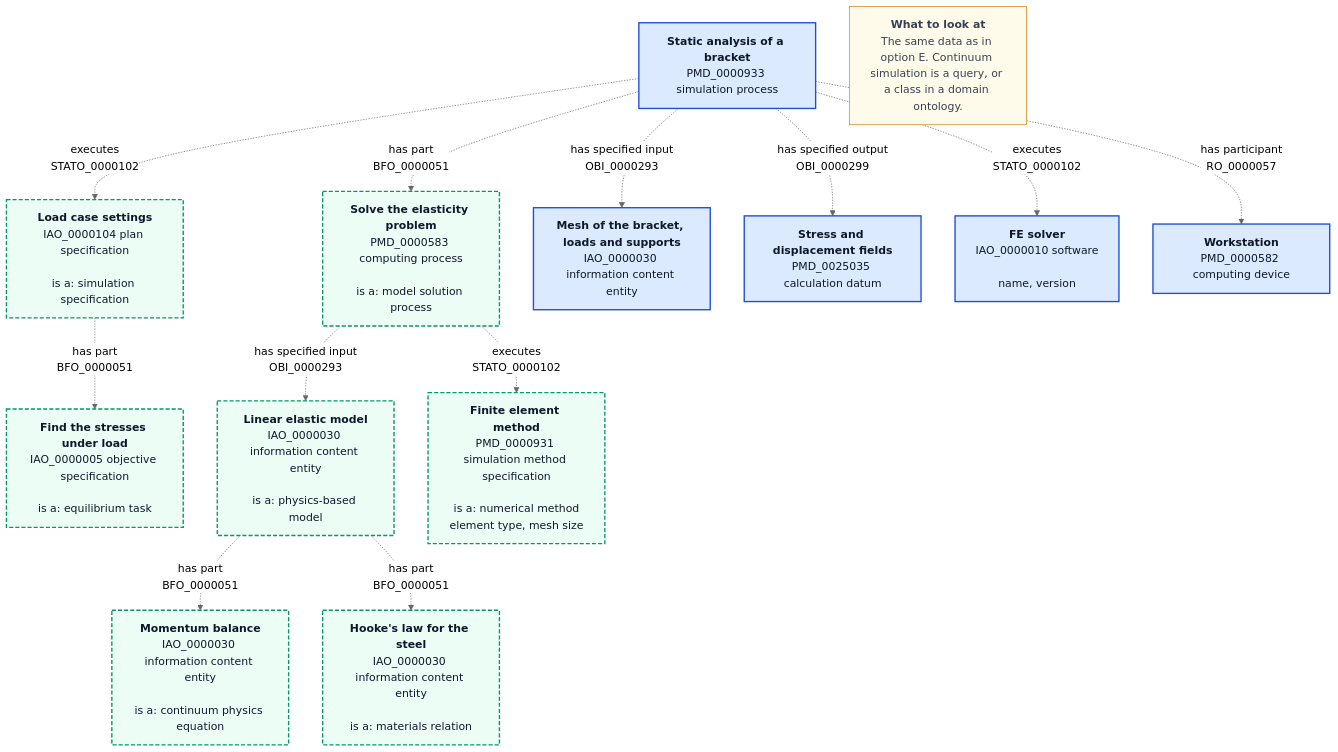
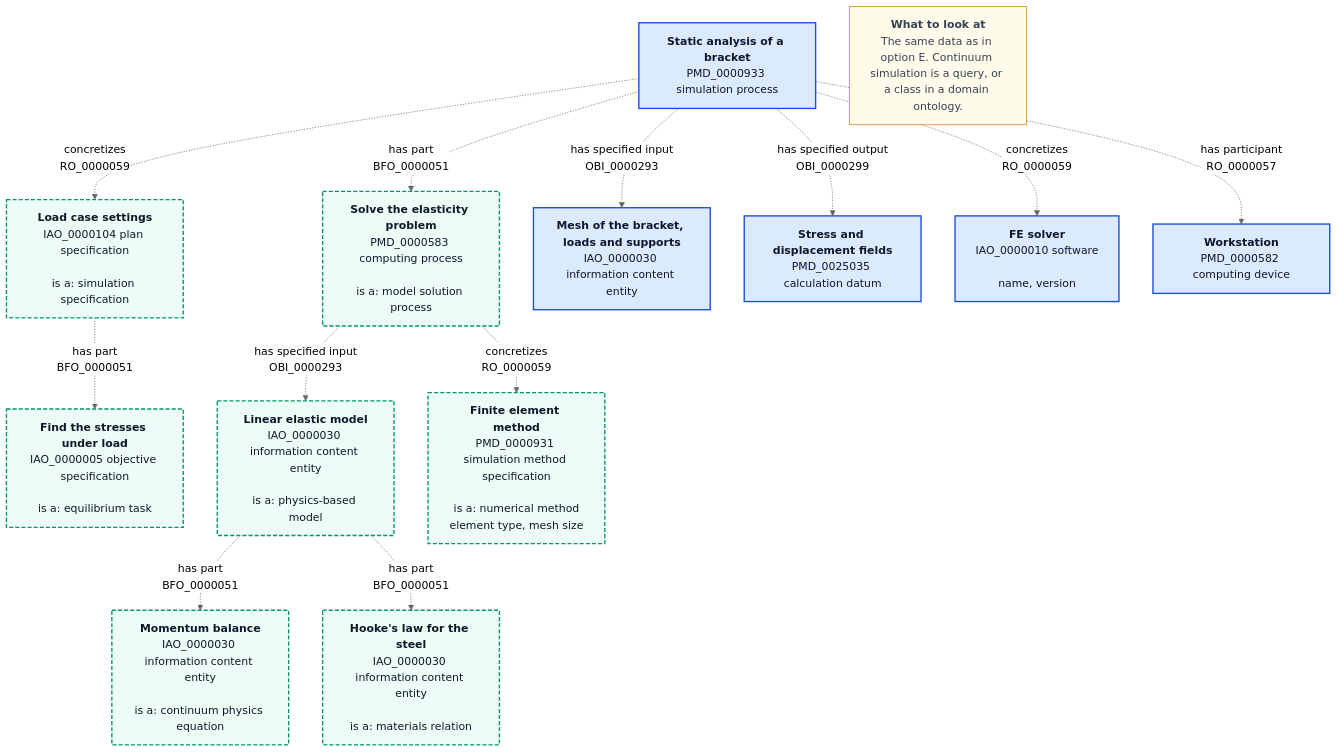
Before and after one commit to BAMresearch/mermantics: the diagram in web/options/f-parts-only/fem.mmd, drawn with Mermaid (neutral theme). The commit also changed 17 other files, not shown here.

```diff
--- a/web/options/f-parts-only/fem.mmd
+++ b/web/options/f-parts-only/fem.mmd
@@ -1,36 +1,36 @@
 flowchart TB
 
 %% Option F. Parts only: static FEM analysis
 %% Engineering: a static finite element analysis of a loaded steel bracket.
 
     Analysis["<b>Static analysis of a bracket</b><br>PMD_0000933 simulation process"]:::local
     Spec["<b>Load case settings</b><br>IAO_0000104 plan specification<br><br>is a: simulation specification"]:::proposed
     Task["<b>Find the stresses under load</b><br>IAO_0000005 objective specification<br><br>is a: equilibrium task"]:::proposed
     Solve["<b>Solve the elasticity problem</b><br>PMD_0000583 computing process<br><br>is a: model solution process"]:::proposed
     ElasticModel["<b>Linear elastic model</b><br>IAO_0000030 information content entity<br><br>is a: physics-based model"]:::proposed
     Balance["<b>Momentum balance</b><br>IAO_0000030 information content entity<br><br>is a: continuum physics equation"]:::proposed
     Hooke["<b>Hooke's law for the steel</b><br>IAO_0000030 information content entity<br><br>is a: materials relation"]:::proposed
     FEMethod["<b>Finite element method</b><br>PMD_0000931 simulation method specification<br><br>is a: numerical method<br>element type, mesh size"]:::proposed
     Mesh["<b>Mesh of the bracket, loads and supports</b><br>IAO_0000030 information content entity"]:::local
     Stress["<b>Stress and displacement fields</b><br>PMD_0025035 calculation datum"]:::local
     Code["<b>FE solver</b><br>IAO_0000010 software<br><br>name, version"]:::local
     Node["<b>Workstation</b><br>PMD_0000582 computing device"]:::local
     Note["<b>What to look at</b><br>The same data as in option E. Continuum simulation is a query, or a class in a domain ontology."]:::note
 
-    Analysis -. "executes<br>STATO_0000102" .-> Spec
+    Analysis -. "concretizes<br>RO_0000059" .-> Spec
     Spec -. "has part<br>BFO_0000051" .-> Task
     Analysis -. "has part<br>BFO_0000051" .-> Solve
     Solve -. "has specified input<br>OBI_0000293" .-> ElasticModel
-    Solve -. "executes<br>STATO_0000102" .-> FEMethod
+    Solve -. "concretizes<br>RO_0000059" .-> FEMethod
     ElasticModel -. "has part<br>BFO_0000051" .-> Balance
     ElasticModel -. "has part<br>BFO_0000051" .-> Hooke
     Analysis -. "has specified input<br>OBI_0000293" .-> Mesh
     Analysis -. "has specified output<br>OBI_0000299" .-> Stress
-    Analysis -. "executes<br>STATO_0000102" .-> Code
+    Analysis -. "concretizes<br>RO_0000059" .-> Code
     Analysis -. "has participant<br>RO_0000057" .-> Node
 
     classDef local fill:#dbeafe,stroke:#1d4ed8,stroke-width:2px,color:#0f172a
     classDef note fill:#fffbeb,stroke:#d97706,color:#374151
     classDef proposed fill:#ecfdf5,stroke:#059669,stroke-width:2px,stroke-dasharray:6 3,color:#0f172a
 
 %% mermantics-kinds {"Analysis":"process","Spec":"plan","Task":"plan","Solve":"process","ElasticModel":"information","Balance":"information","Hooke":"information","FEMethod":"plan","Mesh":"information","Stress":"data","Code":"software","Node":"device"}
```
